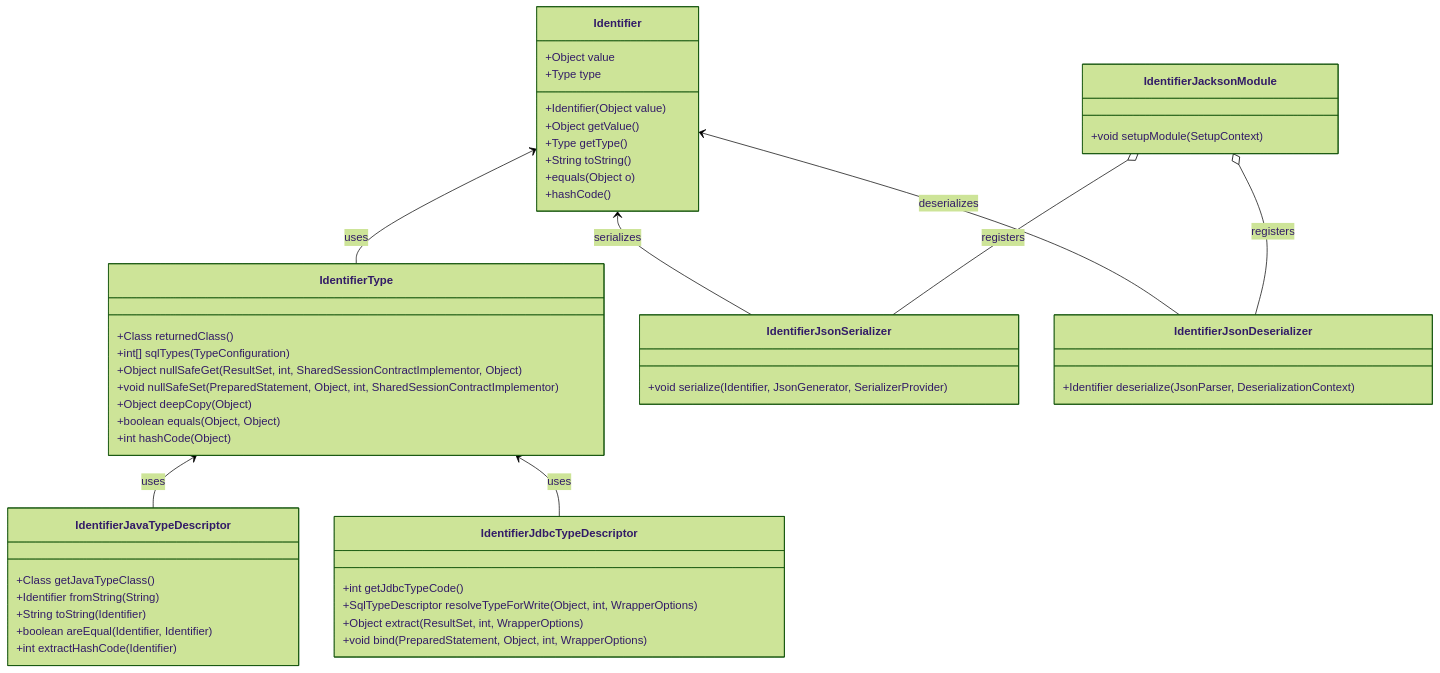
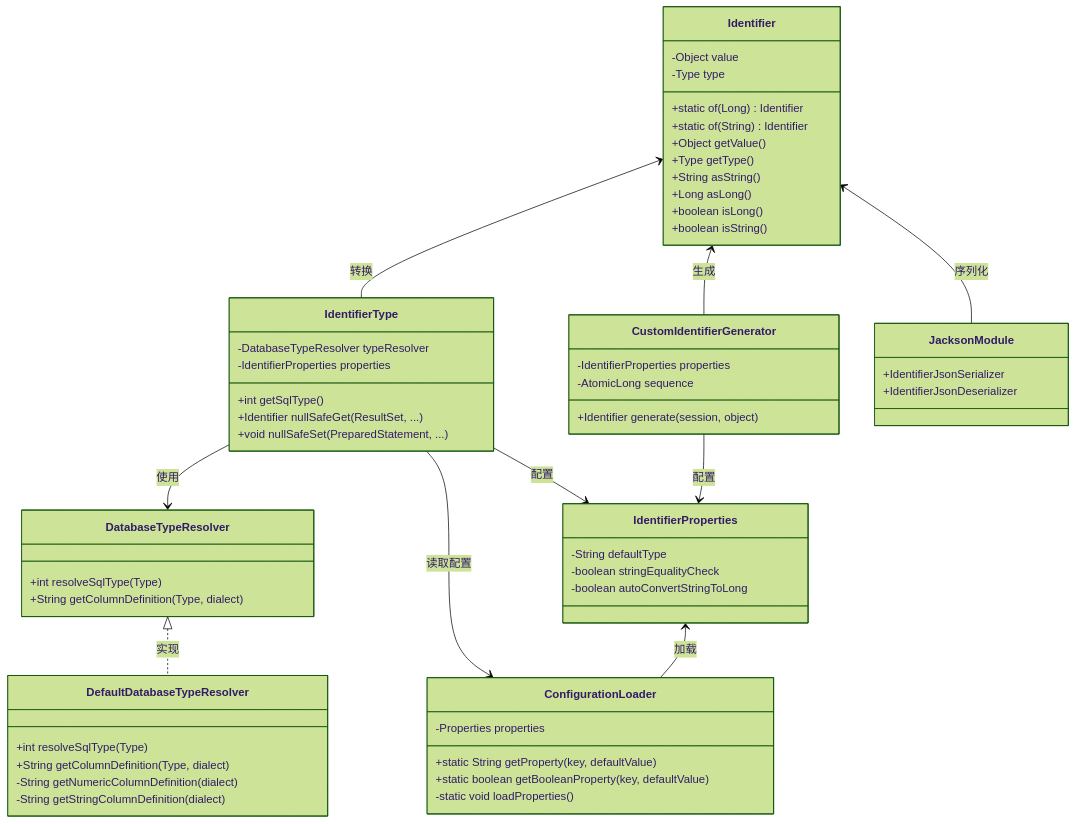
The second of 3 diagrams in .ai/arch.md (qpzm7903/hibernate-id-type), drawn with Mermaid (forest theme) before and after one commit. The commit also changed other lines of this file and 1 other file, not shown here.

````diff
--- a/.ai/arch.md
+++ b/.ai/arch.md
@@ -29,58 +56,69 @@
 ```mermaid
 classDiagram
     class Identifier {
-        +Object value
-        +Type type
-        +Identifier(Object value)
+        -Object value
+        -Type type
+        +static of(Long) Identifier
+        +static of(String) Identifier
         +Object getValue()
         +Type getType()
-        +String toString()
-        +equals(Object o)
-        +hashCode()
+        +String asString()
+        +Long asLong()
+        +boolean isLong()
+        +boolean isString()
     }
     
     class IdentifierType {
-        +Class<?> returnedClass()
-        +int[] sqlTypes(TypeConfiguration)
-        +Object nullSafeGet(ResultSet, int, SharedSessionContractImplementor, Object)
-        +void nullSafeSet(PreparedStatement, Object, int, SharedSessionContractImplementor)
-        +Object deepCopy(Object)
-        +boolean equals(Object, Object)
-        +int hashCode(Object)
+        -DatabaseTypeResolver typeResolver
+        -IdentifierProperties properties
+        +int getSqlType()
+        +Identifier nullSafeGet(ResultSet, ...)
+        +void nullSafeSet(PreparedStatement, ...)
     }
     
-    class IdentifierJavaTypeDescriptor {
-        +Class<Identifier> getJavaTypeClass()
-        +Identifier fromString(String)
-        +String toString(Identifier)
-        +boolean areEqual(Identifier, Identifier)
-        +int extractHashCode(Identifier)
+    class DatabaseTypeResolver {
+        +int resolveSqlType(Type)
+        +String getColumnDefinition(Type, dialect)
     }
     
-    class IdentifierJdbcTypeDescriptor {
-        +int getJdbcTypeCode()
-        +SqlTypeDescriptor resolveTypeForWrite(Object, int, WrapperOptions)
-        +Object extract(ResultSet, int, WrapperOptions)
-        +void bind(PreparedStatement, Object, int, WrapperOptions)
+    class DefaultDatabaseTypeResolver {
+        +int resolveSqlType(Type)
+        +String getColumnDefinition(Type, dialect)
+        -String getNumericColumnDefinition(dialect)
+        -String getStringColumnDefinition(dialect)
     }
     
-    class IdentifierJsonSerializer {
-        +void serialize(Identifier, JsonGenerator, SerializerProvider)
+    class ConfigurationLoader {
+        -Properties properties
+        +static String getProperty(key, defaultValue)
+        +static boolean getBooleanProperty(key, defaultValue)
+        -static void loadProperties()
     }
     
-    class IdentifierJsonDeserializer {
-        +Identifier deserialize(JsonParser, DeserializationContext)
+    class IdentifierProperties {
+        -String defaultType
+        -boolean stringEqualityCheck
+        -boolean autoConvertStringToLong
     }
     
-    class IdentifierJacksonModule {
-        +void setupModule(SetupContext)
+    class CustomIdentifierGenerator {
+        -IdentifierProperties properties
+        -AtomicLong sequence
+        +Identifier generate(session, object)
     }
     
-    Identifier <-- IdentifierType : uses
-    IdentifierType <-- IdentifierJavaTypeDescriptor : uses
-    IdentifierType <-- IdentifierJdbcTypeDescriptor : uses
-    Identifier <-- IdentifierJsonSerializer : serializes
-    Identifier <-- IdentifierJsonDeserializer : deserializes
-    IdentifierJacksonModule o-- IdentifierJsonSerializer : registers
-    IdentifierJacksonModule o-- IdentifierJsonDeserializer : registers
+    class JacksonModule {
+        +IdentifierJsonSerializer
+        +IdentifierJsonDeserializer
+    }
+    
+    Identifier <-- IdentifierType : 转换
+    IdentifierType --> DatabaseTypeResolver : 使用
+    DatabaseTypeResolver <|.. DefaultDatabaseTypeResolver : 实现
+    IdentifierType --> IdentifierProperties : 配置
+    IdentifierType --> ConfigurationLoader : 读取配置
+    IdentifierProperties <-- ConfigurationLoader : 加载
+    Identifier <-- CustomIdentifierGenerator : 生成
+    CustomIdentifierGenerator --> IdentifierProperties : 配置
+    Identifier <-- JacksonModule : 序列化
 ```
````
